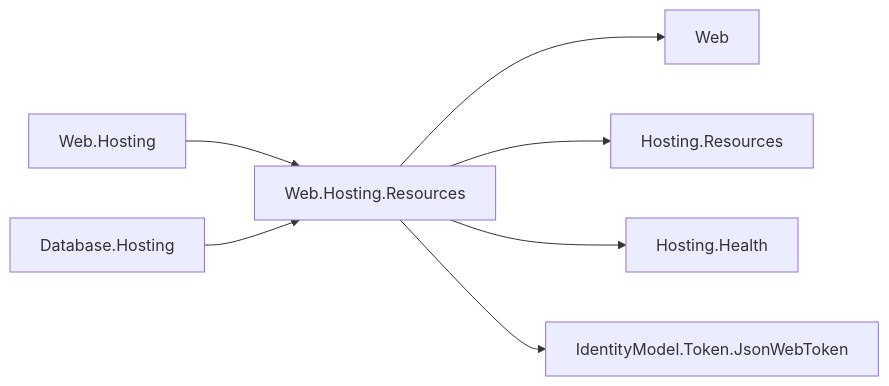
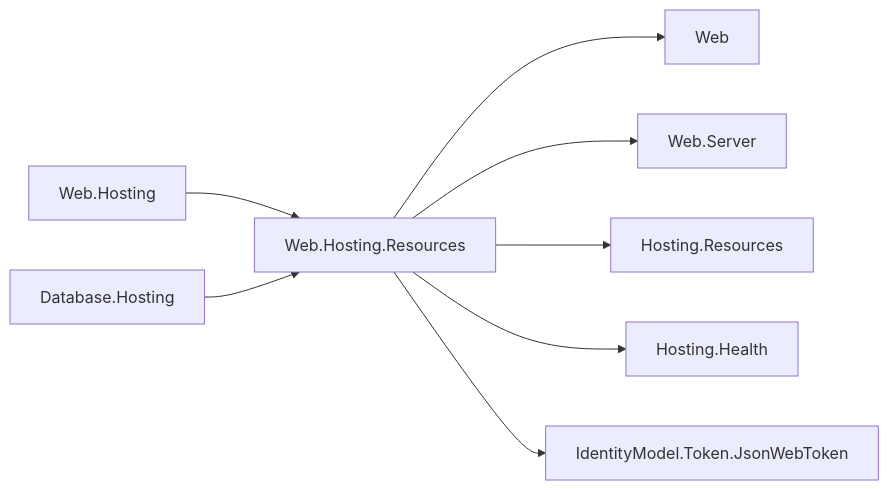
The diagram in docs/dotnet-apis/resources/web/assimalign-cohesion-web-hosting-resources/design.md (assimalign/cohesion-docs), drawn with Mermaid before and after one commit. The commit also changed other lines of this file and 84 other files, not shown here.

````diff
--- a/docs/dotnet-apis/resources/web/assimalign-cohesion-web-hosting-resources/design.md
+++ b/docs/dotnet-apis/resources/web/assimalign-cohesion-web-hosting-resources/design.md
@@ -62,9 +75,10 @@
 ```mermaid
 flowchart LR
     WebHost["Web.Hosting"] --> Terminal["Web.Hosting.Resources"]
     DbHost["Database.Hosting"] --> Terminal
     Terminal --> Web["Web"]
+    Terminal --> Server["Web.Server"]
     Terminal --> Resources["Hosting.Resources"]
     Terminal --> Health["Hosting.Health"]
     Terminal --> JWT["IdentityModel.Token.JsonWebToken"]
 ```
````
